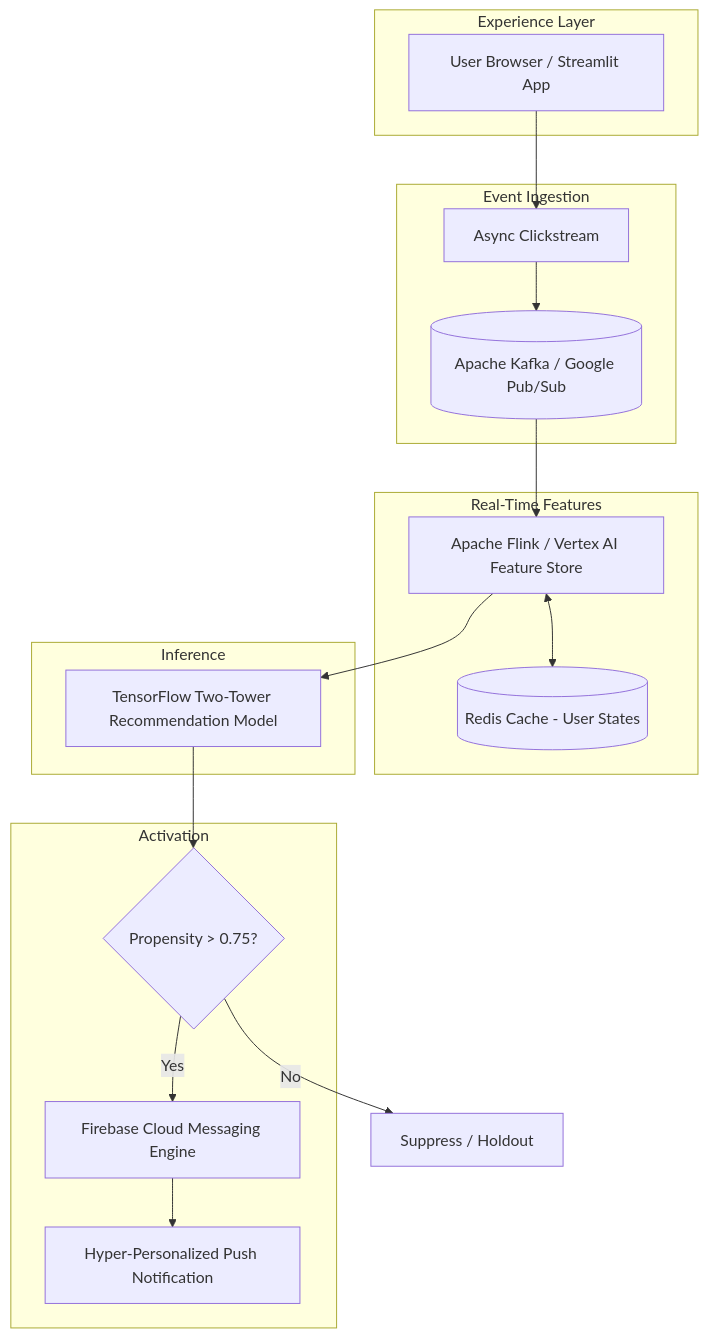
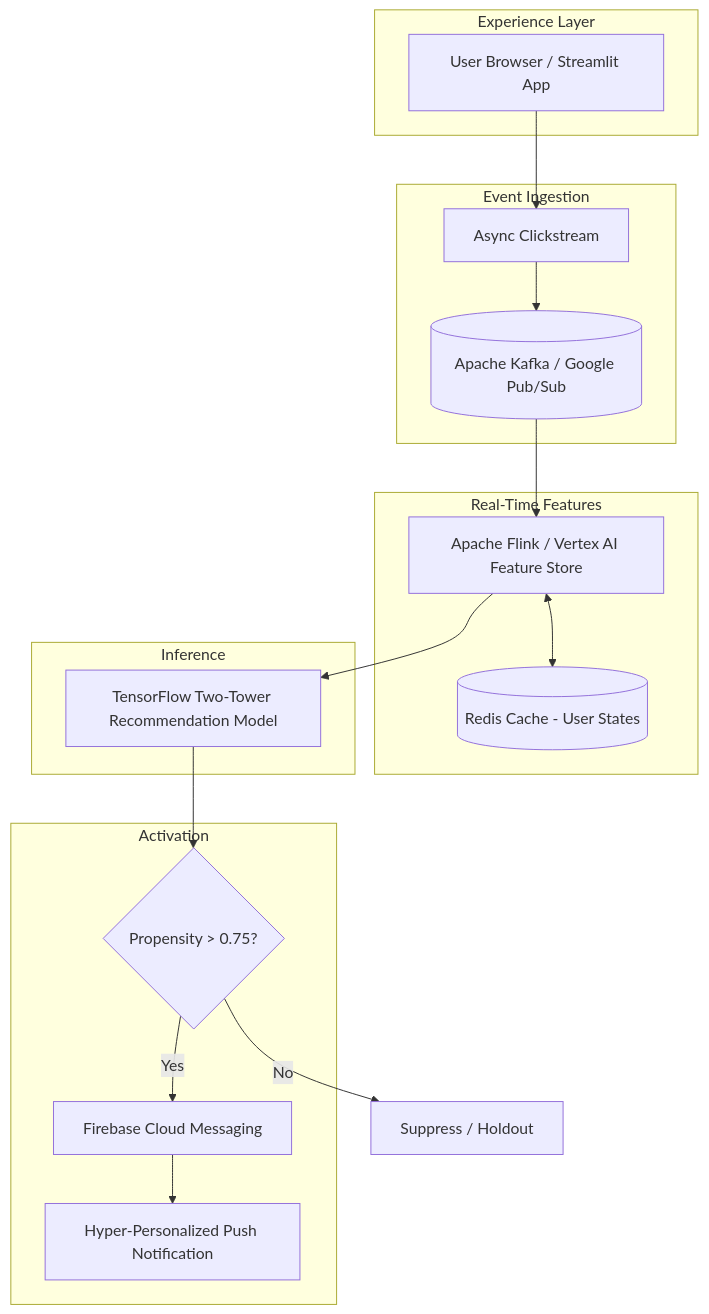
Before and after one commit to bharat2476/Personalization_MarTech: the first of 2 diagrams in README.md, drawn with Mermaid. The commit also changed other lines of this file, not shown here.

````diff
--- a/README.md
+++ b/README.md
@@ -308,27 +263,27 @@
 ```mermaid
 flowchart TB
   subgraph client [Experience Layer]
     UI[User Browser / Streamlit App]
   end
   subgraph ingest [Event Ingestion]
     CS[Async Clickstream]
     K[(Apache Kafka / Google Pub/Sub)]
   end
   subgraph features [Real-Time Features]
     FL[Apache Flink / Vertex AI Feature Store]
     R[(Redis Cache - User States)]
   end
   subgraph ml [Inference]
     TT[TensorFlow Two-Tower Recommendation Model]
   end
   subgraph martech [Activation]
     PG{Propensity > 0.75?}
-    FCM[Firebase Cloud Messaging Engine]
+    FCM[Firebase Cloud Messaging]
     PUSH[Hyper-Personalized Push Notification]
   end
   UI --> CS --> K --> FL
   FL <--> R
   FL --> TT --> PG
   PG -->|Yes| FCM --> PUSH
   PG -->|No| SUPPRESS[Suppress / Holdout]
 ```
````
